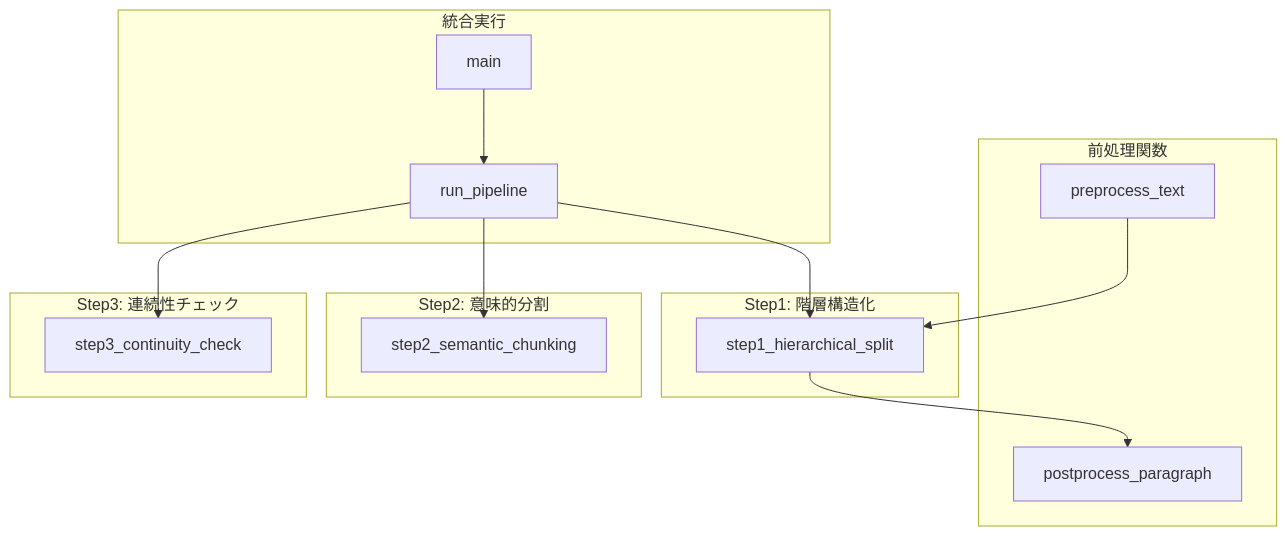
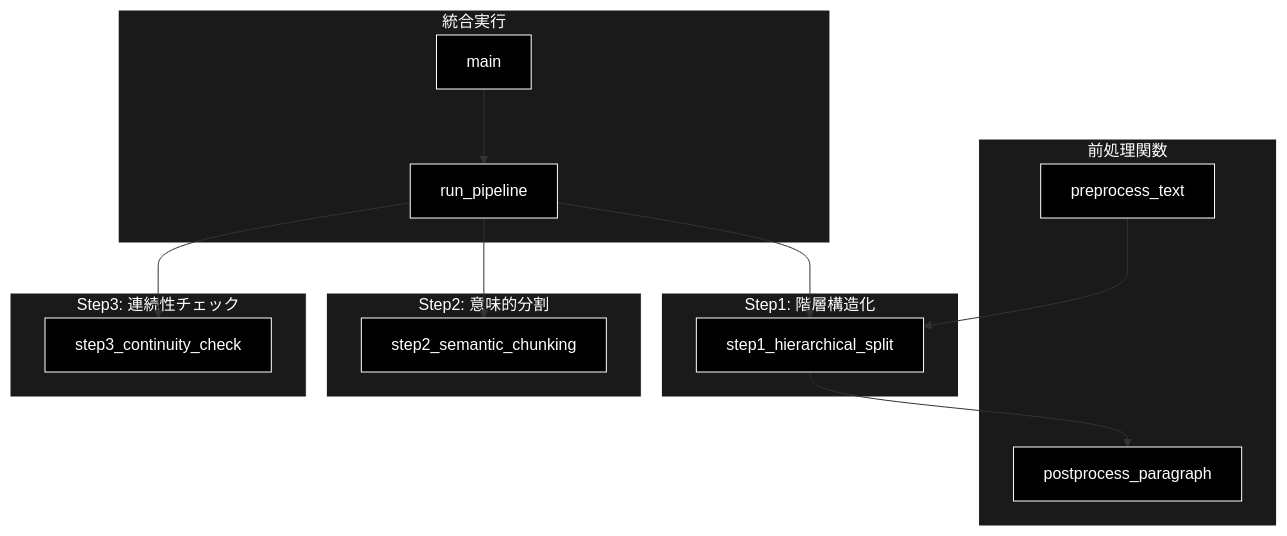
One commit to nakashima2toshio/ollama_grace_agent_v2 changed the third of 9 diagrams in chunking/doc/step1_2_3.md. Above: the diagram before and after it, drawn with Mermaid. The commit also changed other lines of this file and 13 other files, not shown here.

````diff
--- a/chunking/doc/step1_2_3.md
+++ b/chunking/doc/step1_2_3.md
@@ -122,31 +132,39 @@
 ```mermaid
 flowchart TB
     subgraph PREPROCESS["前処理関数"]
         PRE[preprocess_text]
         POST[postprocess_paragraph]
     end
 
     subgraph STEP1_GROUP["Step1: 階層構造化"]
         S1[step1_hierarchical_split]
     end
 
     subgraph STEP2_GROUP["Step2: 意味的分割"]
         S2[step2_semantic_chunking]
     end
 
     subgraph STEP3_GROUP["Step3: 連続性チェック"]
         S3[step3_continuity_check]
     end
 
     subgraph PIPELINE_GROUP["統合実行"]
         PIPE[run_pipeline]
         MAIN_FUNC[main]
     end
 
     PRE --> S1
     S1 --> POST
     PIPE --> S1
     PIPE --> S2
     PIPE --> S3
     MAIN_FUNC --> PIPE
+classDef default fill:#000,stroke:#fff,color:#fff
+classDef subgraphStyle fill:#1a1a1a,stroke:#fff,color:#fff
+class PRE,POST,S1,S2,S3,PIPE,MAIN_FUNC default
+style PREPROCESS fill:#1a1a1a,stroke:#fff,color:#fff
+style STEP1_GROUP fill:#1a1a1a,stroke:#fff,color:#fff
+style STEP2_GROUP fill:#1a1a1a,stroke:#fff,color:#fff
+style STEP3_GROUP fill:#1a1a1a,stroke:#fff,color:#fff
+style PIPELINE_GROUP fill:#1a1a1a,stroke:#fff,color:#fff
 ```
````
